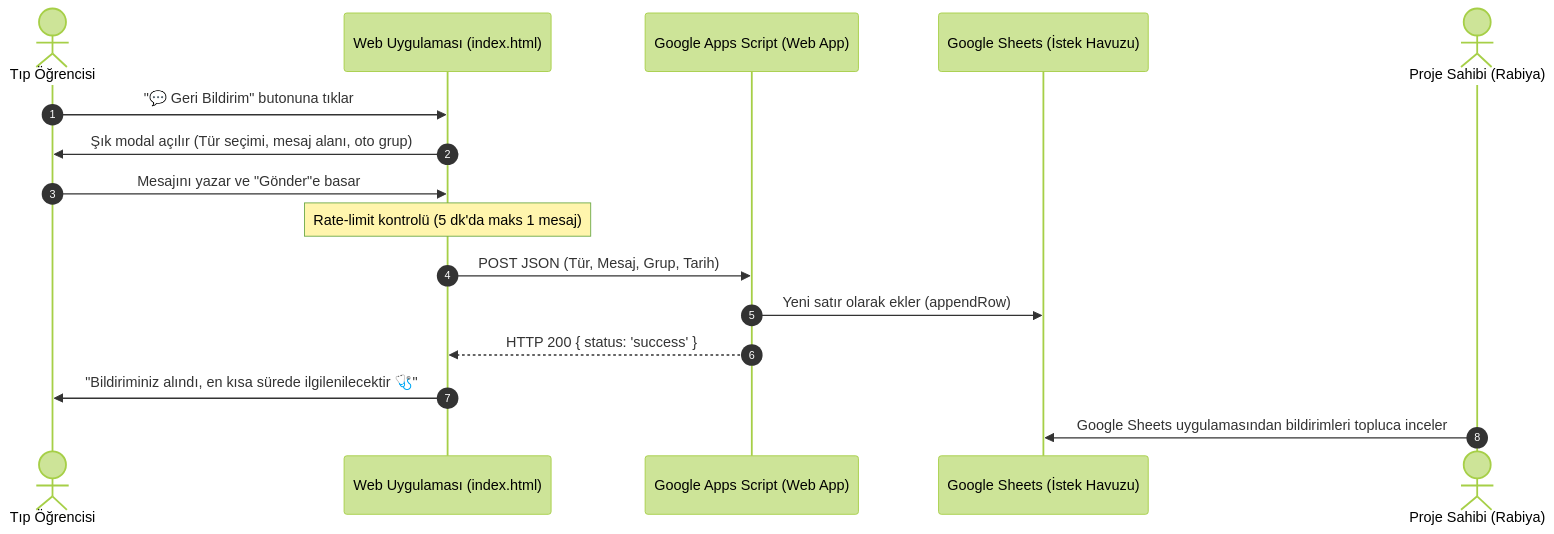
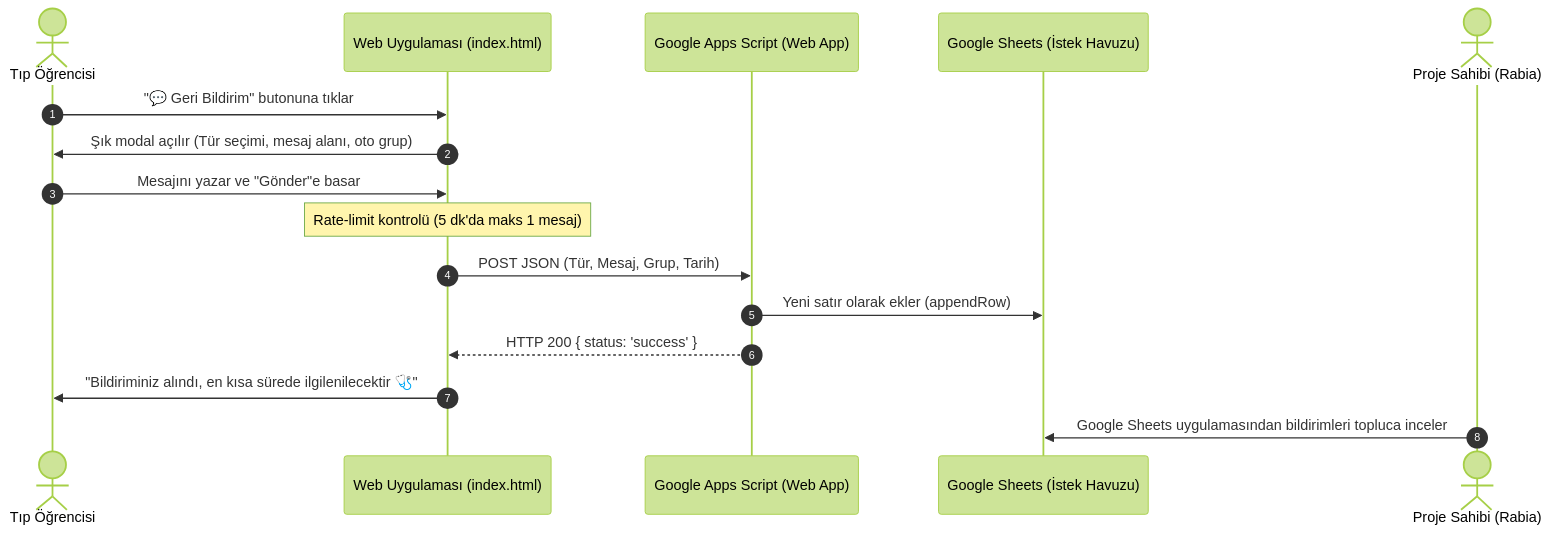
Before and after one commit to rabiaunllu/iu-tip-donem3: the diagram in docs/feedback_system.md, drawn with Mermaid (forest theme). The commit also changed 6 other files, not shown here.

````diff
--- a/docs/feedback_system.md
+++ b/docs/feedback_system.md
@@ -23,19 +23,19 @@
 ```mermaid
 sequenceDiagram
     autonumber
     actor O as Tıp Öğrencisi
     participant U as Web Uygulaması (index.html)
     participant S as Google Apps Script (Web App)
     participant G as Google Sheets (İstek Havuzu)
-    actor Y as Proje Sahibi (Rabiya)
+    actor Y as Proje Sahibi (Rabia)
 
     O->>U: "💬 Geri Bildirim" butonuna tıklar
     U->>O: Şık modal açılır (Tür seçimi, mesaj alanı, oto grup)
     O->>U: Mesajını yazar ve "Gönder"e basar
     Note over U: Rate-limit kontrolü (5 dk'da maks 1 mesaj)
     U->>S: POST JSON (Tür, Mesaj, Grup, Tarih)
     S->>G: Yeni satır olarak ekler (appendRow)
     S-->>U: HTTP 200 { status: 'success' }
     U->>O: "Bildiriminiz alındı, en kısa sürede ilgilenilecektir 🩺"
     Y->>G: Google Sheets uygulamasından bildirimleri topluca inceler
 ```
````
